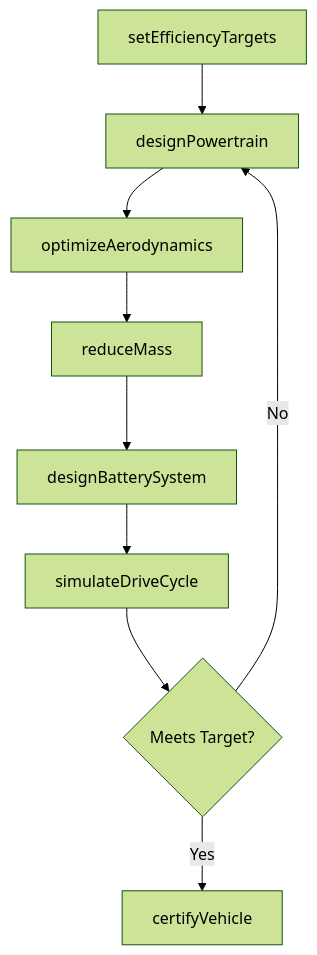
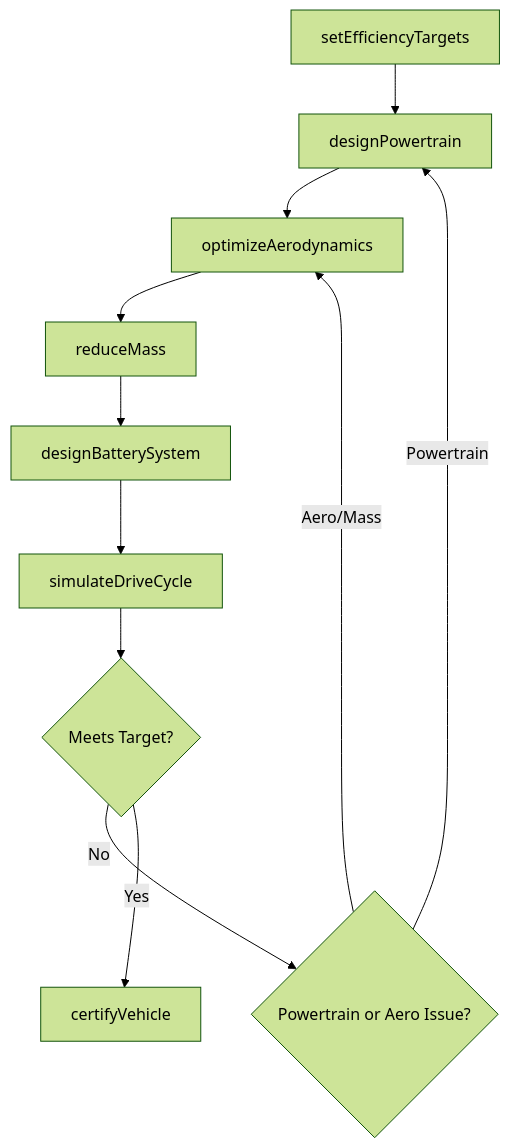
One commit to dot-org-ai/tasks.org.ai changed the third of 4 diagrams in ThinkingCreatively/DevelopSystemsOrPracticesToMitigateOrResolveEnvironmentalProblems/DesignEnergy-efficientVehiclesVehicleComponents.mdx. Above: the diagram before and after it, drawn with Mermaid (forest theme). The commit also changed other lines of this file and 266 other files, not shown here.

First line of the commit message:
feat: Add ER diagrams, state diagrams to wave 2 batch (251 DWA files)

````diff
--- a/ThinkingCreatively/DevelopSystemsOrPracticesToMitigateOrResolveEnvironmentalProblems/DesignEnergy-efficientVehiclesVehicleComponents.mdx
+++ b/ThinkingCreatively/DevelopSystemsOrPracticesToMitigateOrResolveEnvironmentalProblems/DesignEnergy-efficientVehiclesVehicleComponents.mdx
@@ -87,11 +114,13 @@
 ```mermaid
 graph TD
     A[setEfficiencyTargets] --> B[designPowertrain]
     B --> C[optimizeAerodynamics]
     C --> D[reduceMass]
     D --> E[designBatterySystem]
     E --> F[simulateDriveCycle]
     F --> G{Meets Target?}
-    G -->|No| B
-    G -->|Yes| H[certifyVehicle]
+    G -->|No| H{Powertrain or Aero Issue?}
+    H -->|Powertrain| B
+    H -->|Aero/Mass| C
+    G -->|Yes| I[certifyVehicle]
 ```
````
